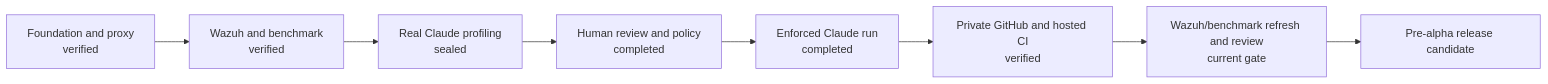
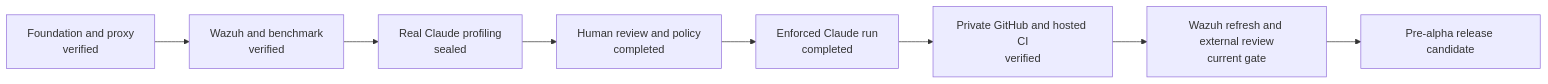
One commit to Ylyass/mcp-privilege-profiler changed the third of 3 diagrams in docs/project-explained.md. Above: the diagram before and after it, drawn with Mermaid. The commit also changed other lines of this file and 8 other files, not shown here.

Commit message:
Refresh release benchmark evidence

````diff
--- a/docs/project-explained.md
+++ b/docs/project-explained.md
@@ -166,10 +166,10 @@
 ```mermaid
 flowchart LR
     A["Foundation and proxy<br/>verified"] --> B["Wazuh and benchmark<br/>verified"]
     B --> C["Real Claude profiling<br/>sealed"]
     C --> D["Human review and policy<br/>completed"]
     D --> E["Enforced Claude run<br/>completed"]
     E --> F["Private GitHub and hosted CI<br/>verified"]
-    F --> G["Wazuh/benchmark refresh and review<br/>current gate"]
+    F --> G["Wazuh refresh and external review<br/>current gate"]
     G --> H["Pre-alpha release candidate"]
 ```
````
